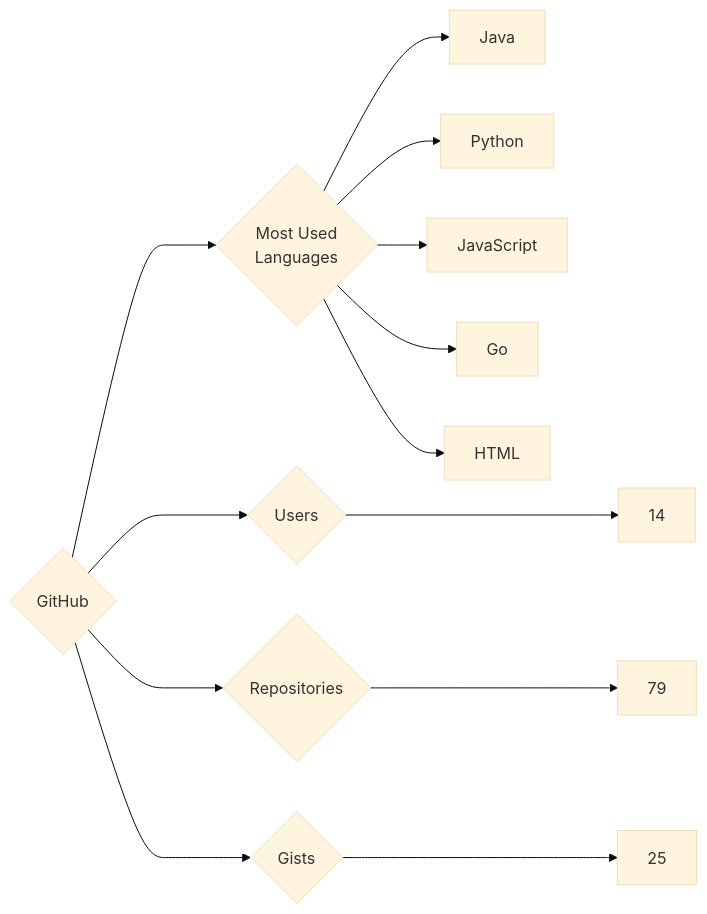
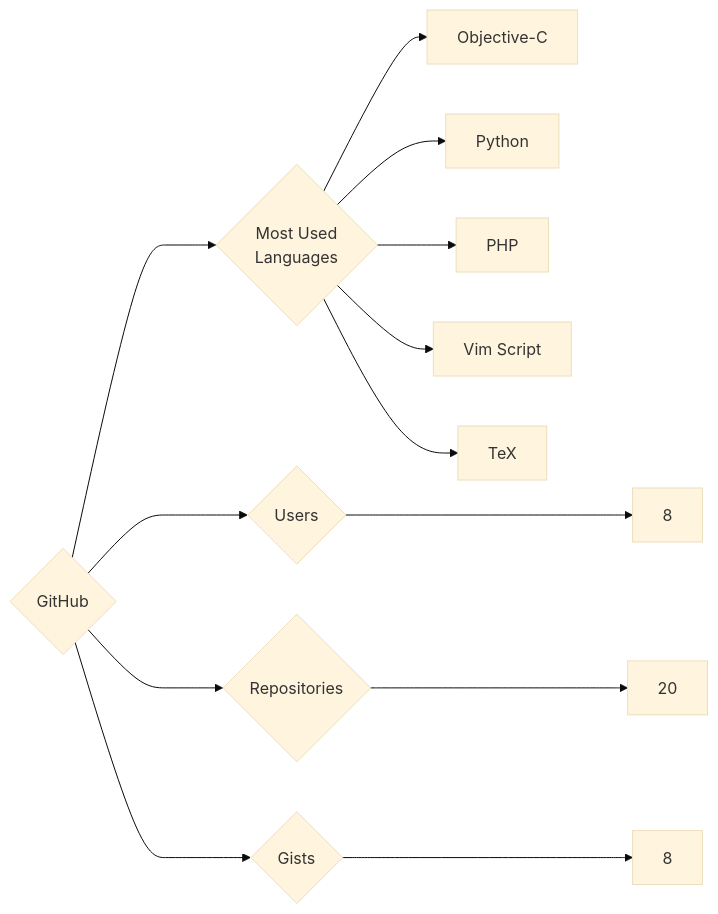
Before and after one commit to trickest/insiders: the diagram in targets/GitHub/README.md, drawn with Mermaid (base theme). The commit also changed 880 other files, not shown here.

````diff
--- a/targets/GitHub/README.md
+++ b/targets/GitHub/README.md
@@ -3,13 +3,13 @@
 ```mermaid
 graph LR
 COMPANY_NAME{GitHub}
-COMPANY_NAME ---> U{Users} ---> UN[14]
-COMPANY_NAME ---> R{Repositories} ---> RN[79]
-COMPANY_NAME ---> G{Gists} ---> GN[25]
+COMPANY_NAME ---> U{Users} ---> UN[8]
+COMPANY_NAME ---> R{Repositories} ---> RN[20]
+COMPANY_NAME ---> G{Gists} ---> GN[8]
 COMPANY_NAME ---> ML{Most Used<br>Languages}
-ML --> Java[Java]
+ML --> Objective-C[Objective-C]
 ML --> Python[Python]
-ML --> JavaScript[JavaScript]
-ML --> Go[Go]
-ML --> HTML[HTML]
+ML --> PHP[PHP]
+ML --> Vim_Script[Vim Script]
+ML --> TeX[TeX]
 ```
````
